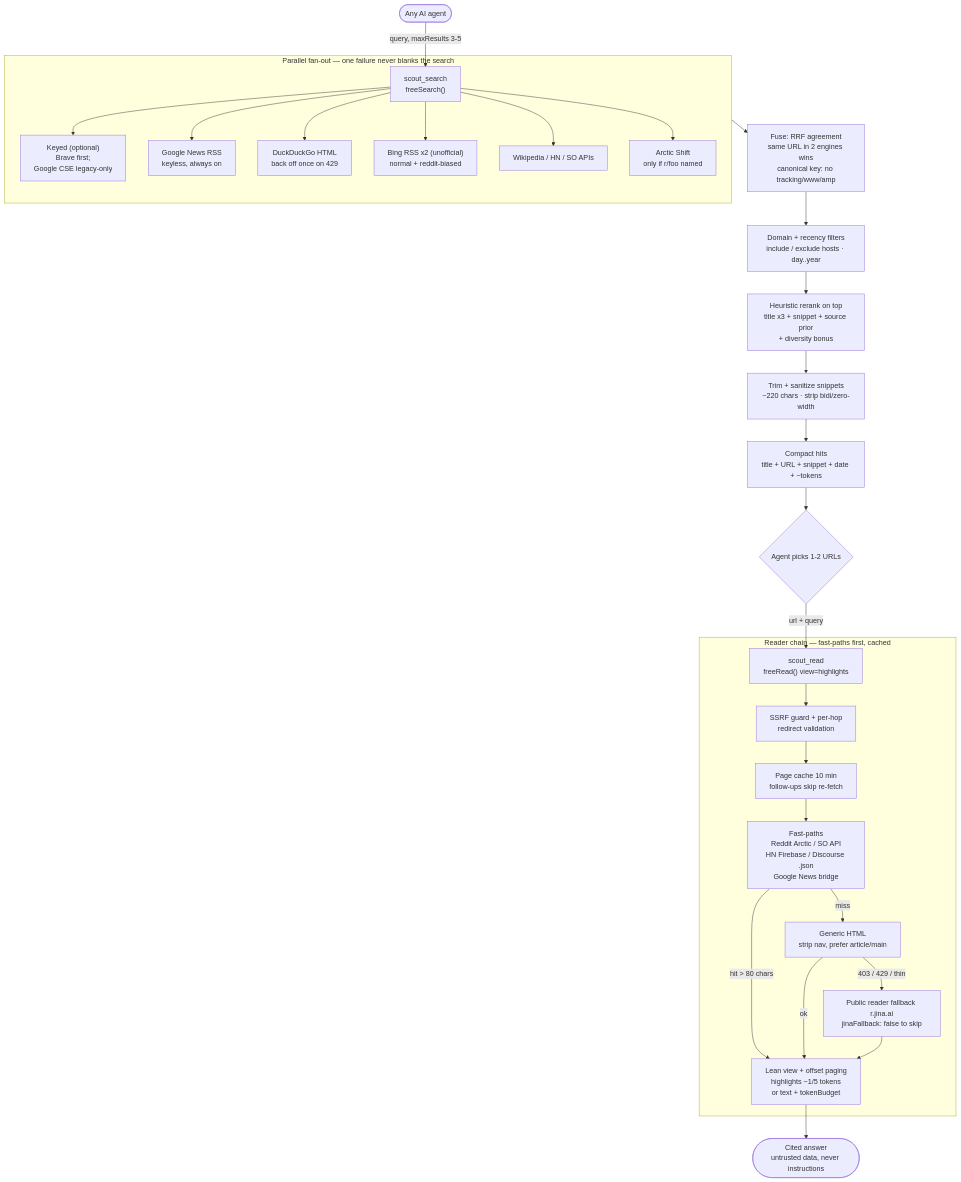
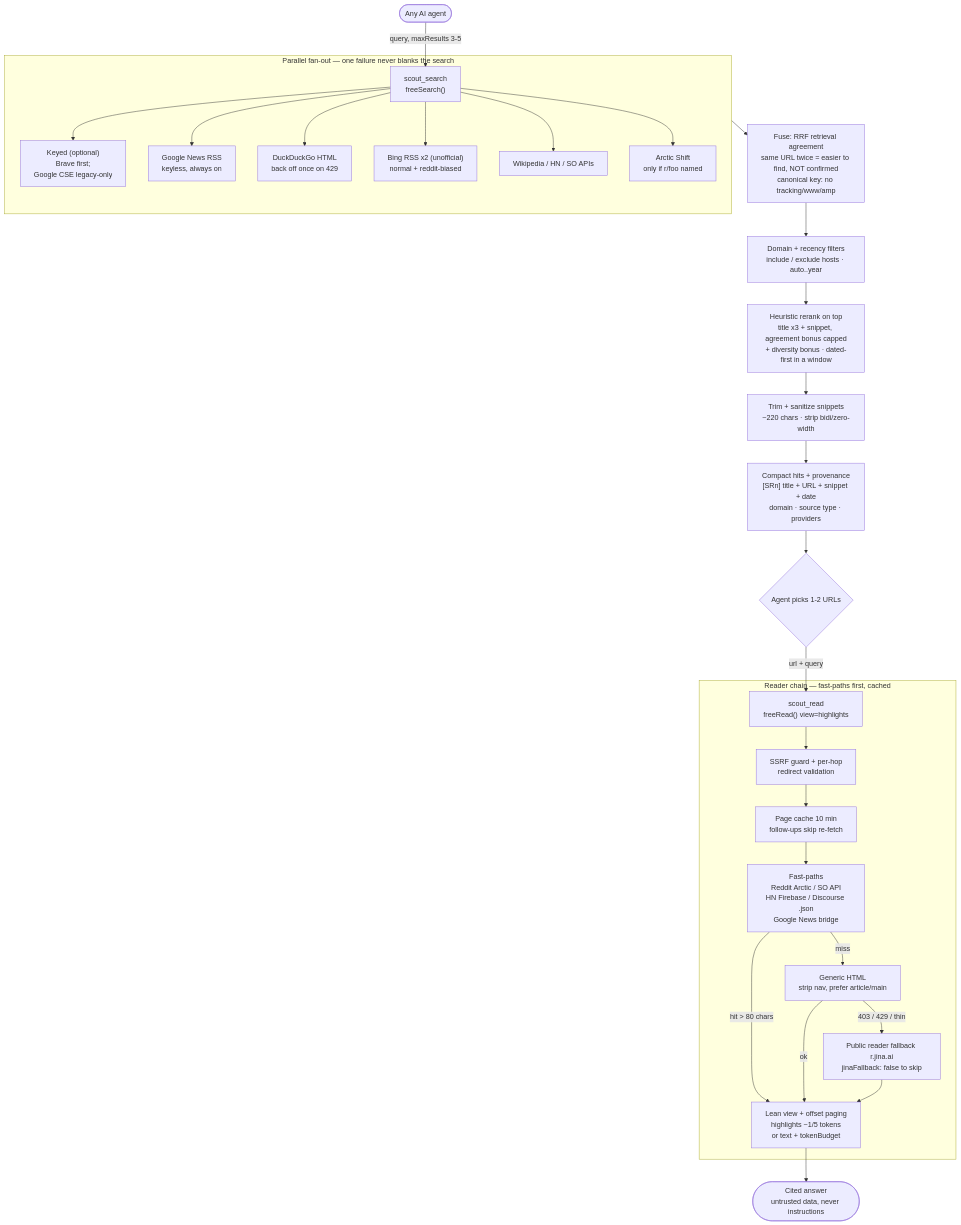
Before and after one commit to LastElbow/Scout-dsh: the diagram in README.md, drawn with Mermaid. The commit also changed other lines of this file and 8 other files, not shown here.

````diff
--- a/README.md
+++ b/README.md
@@ -17,35 +17,35 @@
 ```mermaid
 flowchart TD
     Agent(["Any AI agent"]) -->|query, maxResults 3-5| S["scout_search<br/>freeSearch()"]
 
     subgraph Fanout ["Parallel fan-out — one failure never blanks the search"]
         S --> K["Keyed (optional)<br/>Brave first;<br/>Google CSE legacy-only"]
         S --> N["Google News RSS<br/>keyless, always on"]
         S --> D["DuckDuckGo HTML<br/>back off once on 429"]
         S --> B["Bing RSS x2 (unofficial)<br/>normal + reddit-biased"]
         S --> W["Wikipedia / HN / SO APIs"]
         S --> A["Arctic Shift<br/>only if r/foo named"]
     end
 
-    Fanout --> I["Fuse: RRF agreement<br/>same URL in 2 engines wins<br/>canonical key: no tracking/www/amp"]
-    I --> F["Domain + recency filters<br/>include / exclude hosts · day..year"]
-    F --> R["Heuristic rerank on top<br/>title x3 + snippet + source prior<br/>+ diversity bonus"]
+    Fanout --> I["Fuse: RRF retrieval agreement<br/>same URL twice = easier to find, NOT confirmed<br/>canonical key: no tracking/www/amp"]
+    I --> F["Domain + recency filters<br/>include / exclude hosts · auto..year"]
+    F --> R["Heuristic rerank on top<br/>title x3 + snippet, agreement bonus capped<br/>+ diversity bonus · dated-first in a window"]
     R --> T["Trim + sanitize snippets<br/>~220 chars · strip bidi/zero-width"]
-    T --> Hits["Compact hits<br/>title + URL + snippet + date + ~tokens"]
+    T --> Hits["Compact hits + provenance<br/>[SRn] title + URL + snippet + date<br/>domain · source type · providers"]
 
     Hits --> Pick{"Agent picks 1-2 URLs"}
     Pick -->|url + query| RD["scout_read<br/>freeRead() view=highlights"]
 
     subgraph Reader ["Reader chain — fast-paths first, cached"]
         RD --> Guard["SSRF guard + per-hop<br/>redirect validation"]
         Guard --> Cache["Page cache 10 min<br/>follow-ups skip re-fetch"]
         Cache --> Fast["Fast-paths<br/>Reddit Arctic / SO API<br/>HN Firebase / Discourse .json<br/>Google News bridge"]
         Fast -->|hit > 80 chars| Lean
         Fast -->|miss| Gen["Generic HTML<br/>strip nav, prefer article/main"]
         Gen -->|ok| Lean["Lean view + offset paging<br/>highlights ~1/5 tokens<br/>or text + tokenBudget"]
         Gen -->|403 / 429 / thin| Jina["Public reader fallback r.jina.ai<br/>jinaFallback: false to skip"]
         Jina --> Lean
     end
 
     Lean --> Answer(["Cited answer<br/>untrusted data, never instructions"])
 ```
````
